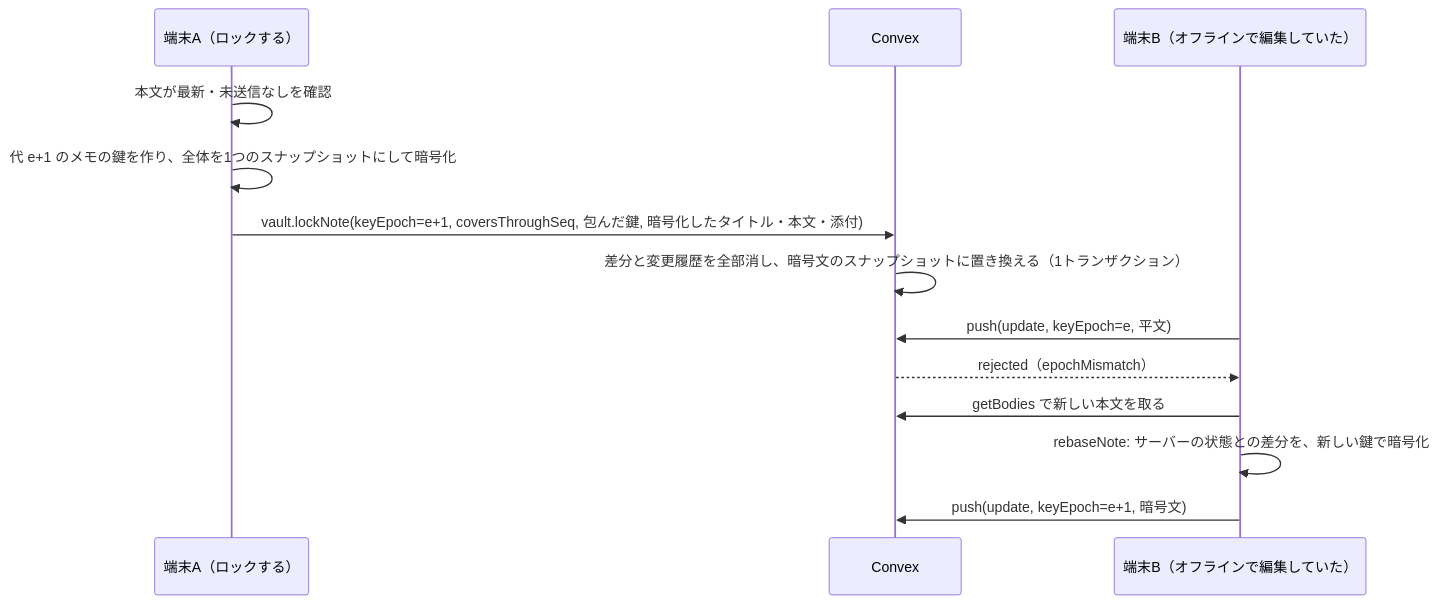
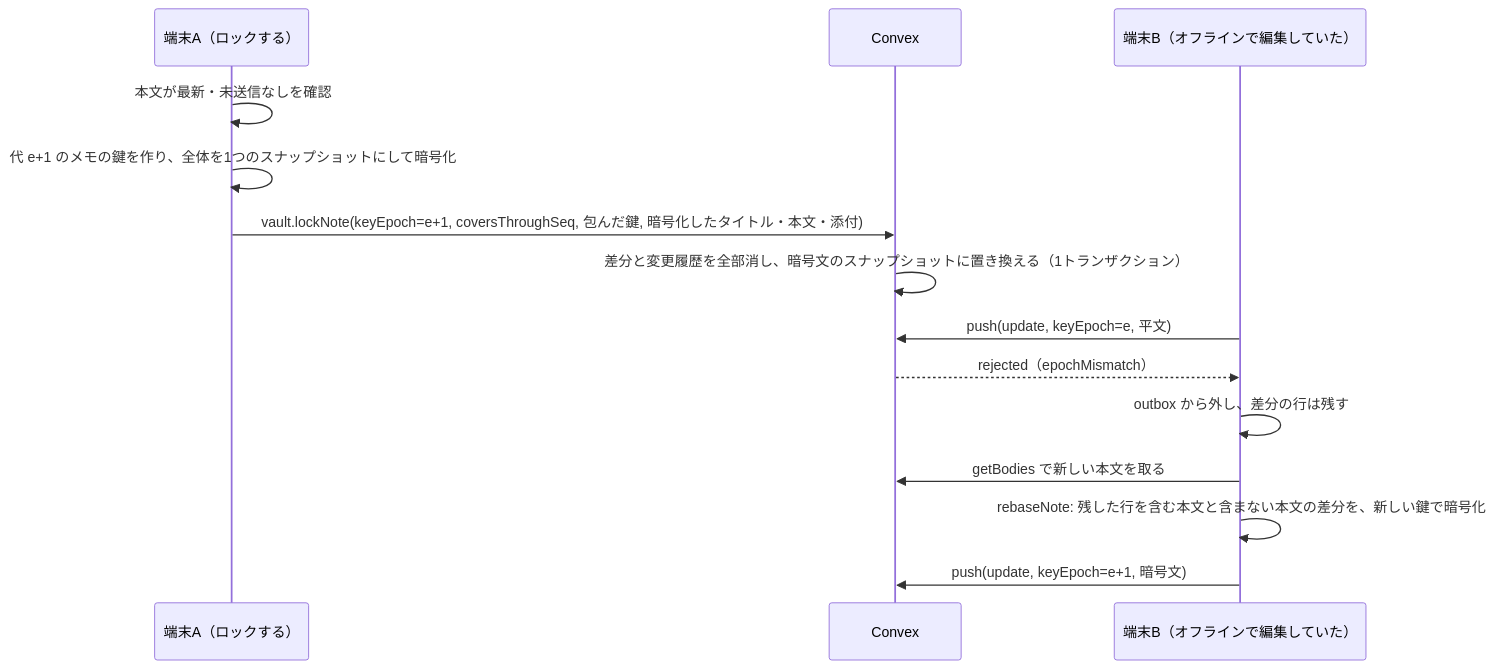
One commit to mocaluna0117/memoca changed the fourth of 5 diagrams in docs/portfolio/TECHNICAL.md. Above: the diagram before and after it, drawn with Mermaid. The commit also changed other lines of this file and 3 other files, not shown here.

````diff
--- a/docs/portfolio/TECHNICAL.md
+++ b/docs/portfolio/TECHNICAL.md
@@ -286,15 +286,16 @@
 ```mermaid
 sequenceDiagram
   participant A as 端末A（ロックする）
   participant S as Convex
   participant B as 端末B（オフラインで編集していた）
   A->>A: 本文が最新・未送信なしを確認
   A->>A: 代 e+1 のメモの鍵を作り、全体を1つのスナップショットにして暗号化
   A->>S: vault.lockNote(keyEpoch=e+1, coversThroughSeq, 包んだ鍵, 暗号化したタイトル・本文・添付)
   S->>S: 差分と変更履歴を全部消し、暗号文のスナップショットに置き換える（1トランザクション）
   B->>S: push(update, keyEpoch=e, 平文)
   S-->>B: rejected（epochMismatch）
+  B->>B: outbox から外し、差分の行は残す
   B->>S: getBodies で新しい本文を取る
-  B->>B: rebaseNote: サーバーの状態との差分を、新しい鍵で暗号化
+  B->>B: rebaseNote: 残した行を含む本文と含まない本文の差分を、新しい鍵で暗号化
   B->>S: push(update, keyEpoch=e+1, 暗号文)
 ```
````
